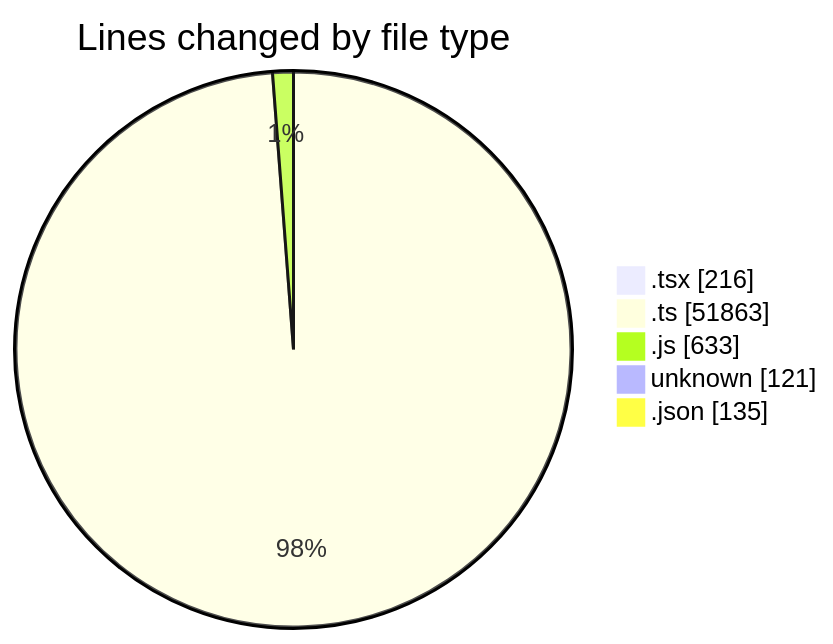
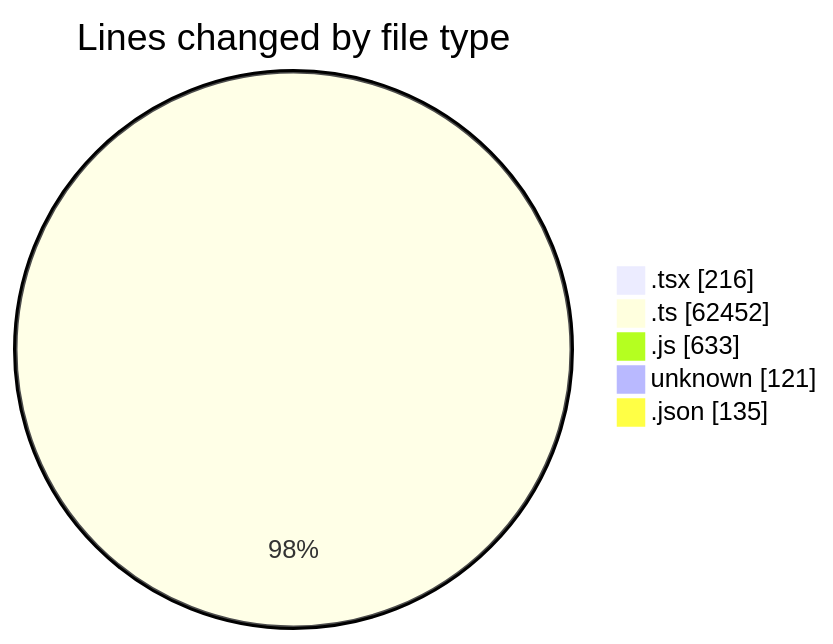
One commit to momahboobian/code-tracking changed the first of 2 diagrams in 2026-06-01/cda/README.md. Above: the diagram before and after it, drawn with Mermaid. The commit also changed other lines of this file and 1 other file, not shown here.

````diff
--- a/2026-06-01/cda/README.md
+++ b/2026-06-01/cda/README.md
@@ -50,9 +52,9 @@
 ```mermaid
 pie showData
 title Lines changed by file type
 ".tsx" : 216
-".ts" : 51863
+".ts" : 62452
 ".js" : 633
 "unknown" : 121
 ".json" : 135
 ```
````
